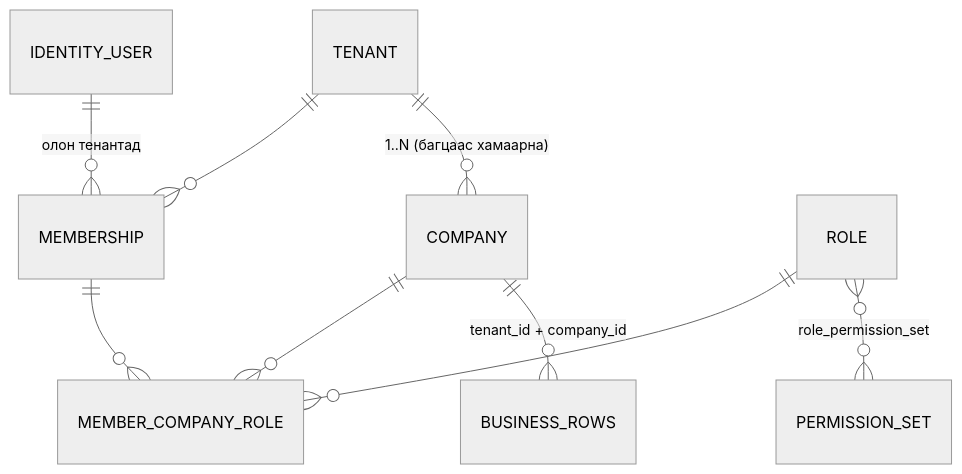
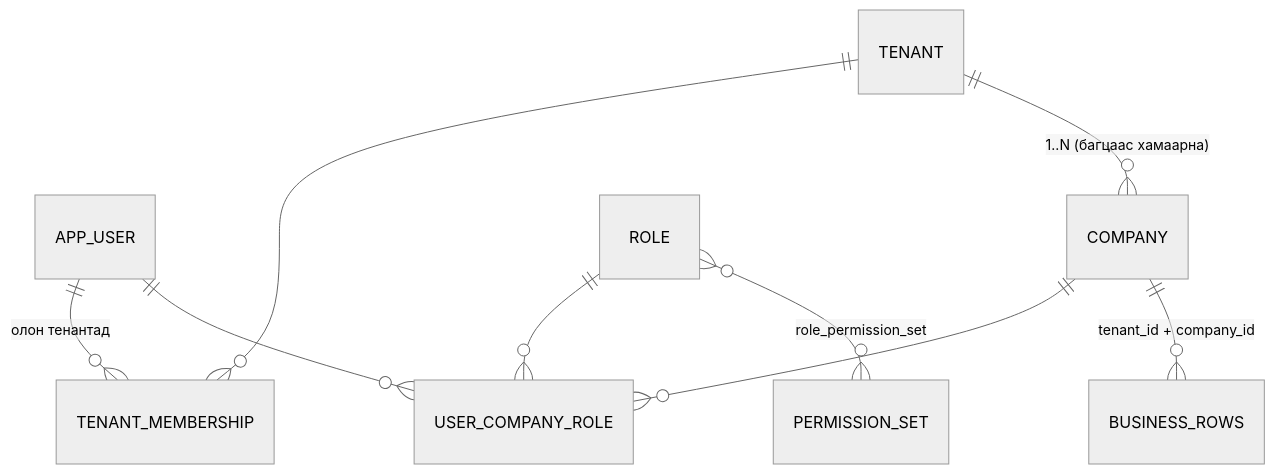
One commit to taigiiz/BCApps changed the fourth of 7 diagrams in docs/features/mn-micro-erp/02-architecture.md. Above: the diagram before and after it, drawn with Mermaid (neutral theme). The commit also changed other lines of this file and 346 other files, not shown here.

First line of the commit message:
Final phase: doc alignment, .NET walking skeleton (125 tests), backlog/roadmap, risks & open questions, consistency + readiness reviews

````diff
--- a/docs/features/mn-micro-erp/02-architecture.md
+++ b/docs/features/mn-micro-erp/02-architecture.md
@@ -983,11 +988,11 @@
 ```mermaid
 erDiagram
-    IDENTITY_USER ||--o{ MEMBERSHIP : "олон тенантад"
-    TENANT ||--o{ MEMBERSHIP : ""
+    APP_USER ||--o{ TENANT_MEMBERSHIP : "олон тенантад"
+    TENANT ||--o{ TENANT_MEMBERSHIP : ""
     TENANT ||--o{ COMPANY : "1..N (багцаас хамаарна)"
-    COMPANY ||--o{ MEMBER_COMPANY_ROLE : ""
-    MEMBERSHIP ||--o{ MEMBER_COMPANY_ROLE : ""
-    ROLE ||--o{ MEMBER_COMPANY_ROLE : ""
+    COMPANY ||--o{ USER_COMPANY_ROLE : ""
+    APP_USER ||--o{ USER_COMPANY_ROLE : ""
+    ROLE ||--o{ USER_COMPANY_ROLE : ""
     ROLE }o--o{ PERMISSION_SET : "role_permission_set"
     COMPANY ||--o{ BUSINESS_ROWS : "tenant_id + company_id"
 ```
````
